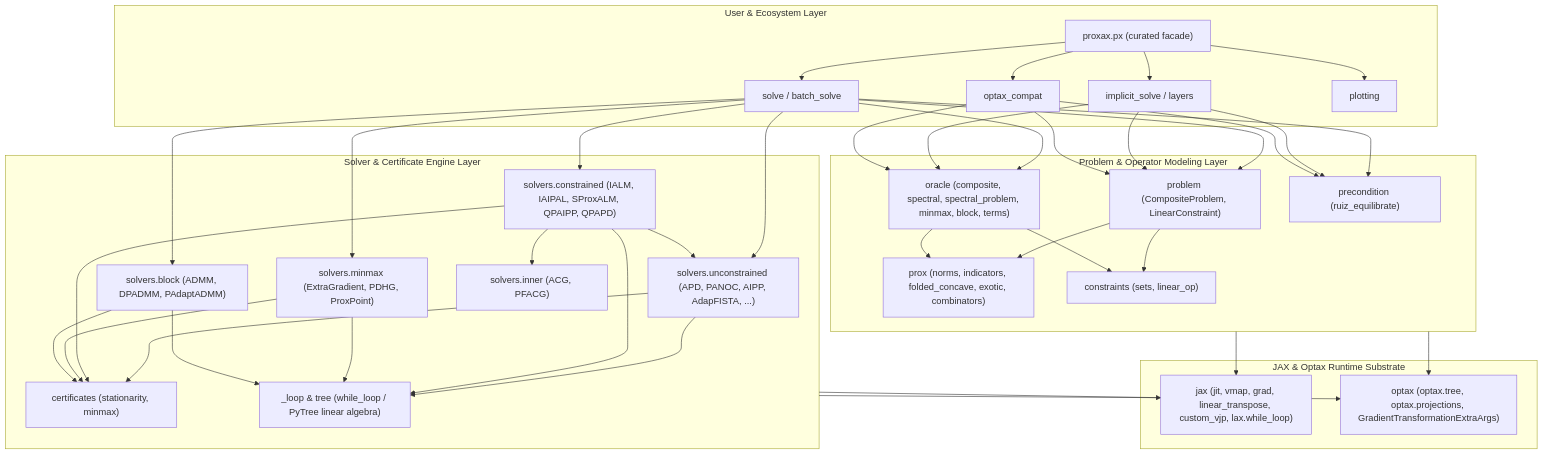
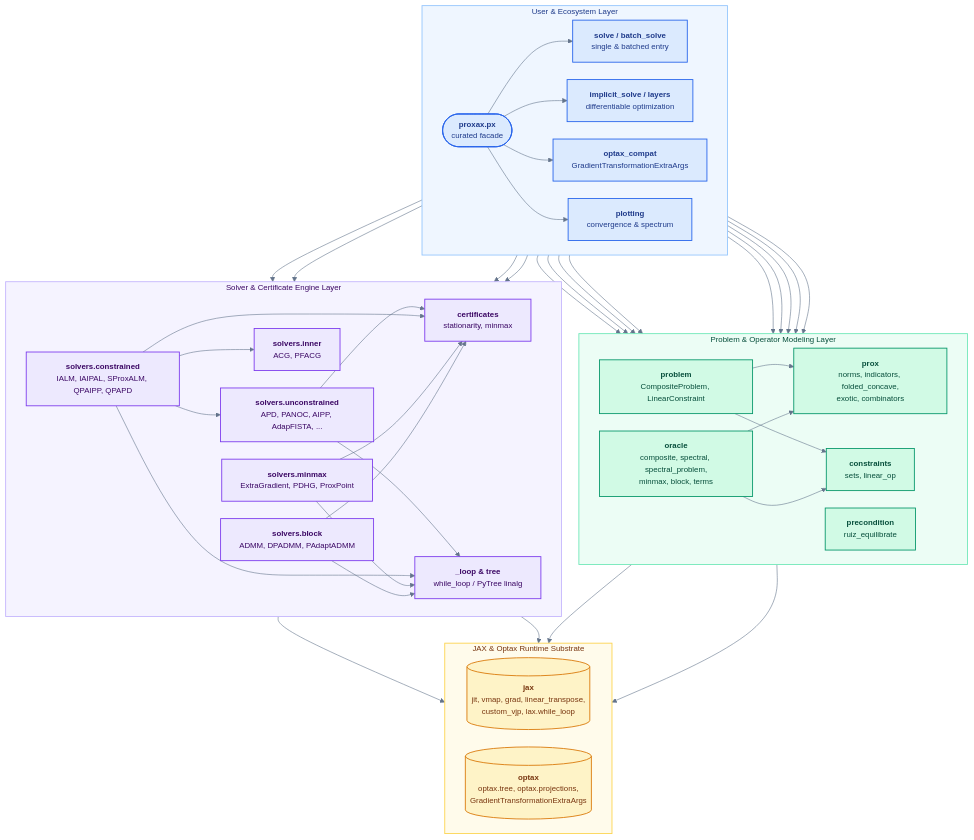
The first of 4 diagrams in docs/appendices/software_architecture.md (wwkong/proxax), drawn with Mermaid before and after one commit. The commit also changed other lines of this file and 1 other file, not shown here.

Commit message:
Style Appendix E Mermaid architecture diagrams and framing

````diff
--- a/docs/appendices/software_architecture.md
+++ b/docs/appendices/software_architecture.md
@@ -15,43 +15,58 @@
 ```{mermaid}
+%%{init: {'theme': 'base', 'flowchart': {'curve': 'basis', 'padding': 16, 'nodeSpacing': 30, 'rankSpacing': 46}, 'themeVariables': {'fontFamily': 'Inter, system-ui, -apple-system, sans-serif', 'fontSize': '13.5px', 'lineColor': '#64748b', 'primaryTextColor': '#0f172a'}}}%%
 flowchart TB
+    classDef user fill:#dbeafe,stroke:#2563eb,color:#1e3a8a,stroke-width:1.5px
+    classDef model fill:#d1fae5,stroke:#059669,color:#064e3b,stroke-width:1.5px
+    classDef solver fill:#ede9fe,stroke:#7c3aed,color:#3b0764,stroke-width:1.5px
+    classDef substrate fill:#fef3c7,stroke:#d97706,color:#78350f,stroke-width:1.5px
+
     subgraph L1["User & Ecosystem Layer"]
-        PX["proxax.px (curated facade)"]
-        SOLVE["solve / batch_solve"]
-        DIFF["implicit_solve / layers"]
-        OPTAX["optax_compat"]
-        PLOT["plotting"]
+        direction LR
+        PX(["<b>proxax.px</b><br/>curated facade"]):::user
+        SOLVE["<b>solve / batch_solve</b><br/>single & batched entry"]:::user
+        DIFF["<b>implicit_solve / layers</b><br/>differentiable optimization"]:::user
+        OPTAX["<b>optax_compat</b><br/>GradientTransformationExtraArgs"]:::user
+        PLOT["<b>plotting</b><br/>convergence & spectrum"]:::user
     end
 
     subgraph L2["Problem & Operator Modeling Layer"]
-        PROB["problem (CompositeProblem, LinearConstraint)"]
-        PROX["prox (norms, indicators, folded_concave, exotic, combinators)"]
-        CONS["constraints (sets, linear_op)"]
-        ORA["oracle (composite, spectral, spectral_problem, minmax, block, terms)"]
-        PREC["precondition (ruiz_equilibrate)"]
+        direction LR
+        PROB["<b>problem</b><br/>CompositeProblem, LinearConstraint"]:::model
+        PROX["<b>prox</b><br/>norms, indicators, folded_concave,<br/>exotic, combinators"]:::model
+        CONS["<b>constraints</b><br/>sets, linear_op"]:::model
+        ORA["<b>oracle</b><br/>composite, spectral, spectral_problem,<br/>minmax, block, terms"]:::model
+        PREC["<b>precondition</b><br/>ruiz_equilibrate"]:::model
     end
 
     subgraph L3["Solver & Certificate Engine Layer"]
-        UNC["solvers.unconstrained (APD, PANOC, AIPP, AdapFISTA, ...)"]
-        CON["solvers.constrained (IALM, IAIPAL, SProxALM, QPAIPP, QPAPD)"]
-        MM["solvers.minmax (ExtraGradient, PDHG, ProxPoint)"]
-        BLK["solvers.block (ADMM, DPADMM, PAdaptADMM)"]
-        INN["solvers.inner (ACG, PFACG)"]
-        CERT["certificates (stationarity, minmax)"]
-        LOOP["_loop & tree (while_loop / PyTree linear algebra)"]
+        direction LR
+        UNC["<b>solvers.unconstrained</b><br/>APD, PANOC, AIPP, AdapFISTA, ..."]:::solver
+        CON["<b>solvers.constrained</b><br/>IALM, IAIPAL, SProxALM, QPAIPP, QPAPD"]:::solver
+        MM["<b>solvers.minmax</b><br/>ExtraGradient, PDHG, ProxPoint"]:::solver
+        BLK["<b>solvers.block</b><br/>ADMM, DPADMM, PAdaptADMM"]:::solver
+        INN["<b>solvers.inner</b><br/>ACG, PFACG"]:::solver
+        CERT["<b>certificates</b><br/>stationarity, minmax"]:::solver
+        LOOP["<b>_loop & tree</b><br/>while_loop / PyTree linalg"]:::solver
     end
 
     subgraph L4["JAX & Optax Runtime Substrate"]
-        JAX["jax (jit, vmap, grad, linear_transpose, custom_vjp, lax.while_loop)"]
-        OX["optax (optax.tree, optax.projections, GradientTransformationExtraArgs)"]
+        direction LR
+        JAX[("<b>jax</b><br/>jit, vmap, grad, linear_transpose,<br/>custom_vjp, lax.while_loop")]:::substrate
+        OX[("<b>optax</b><br/>optax.tree, optax.projections,<br/>GradientTransformationExtraArgs")]:::substrate
     end
 
     PX --> SOLVE & DIFF & OPTAX & PLOT
     SOLVE & DIFF & OPTAX --> PROB & ORA & PREC
     PROB --> PROX & CONS
     ORA --> PROX & CONS
     SOLVE --> UNC & CON & MM & BLK
     CON --> INN & UNC
     UNC & CON & MM & BLK --> CERT & LOOP
     L2 --> JAX & OX
     L3 --> JAX & OX
+
+    style L1 fill:#eff6ff,stroke:#93c5fd,stroke-width:1.5px,color:#1e3a8a
+    style L2 fill:#ecfdf5,stroke:#6ee7b7,stroke-width:1.5px,color:#064e3b
+    style L3 fill:#f5f3ff,stroke:#c4b5fd,stroke-width:1.5px,color:#3b0764
+    style L4 fill:#fffbeb,stroke:#fcd34d,stroke-width:1.5px,color:#78350f
 ```
````
